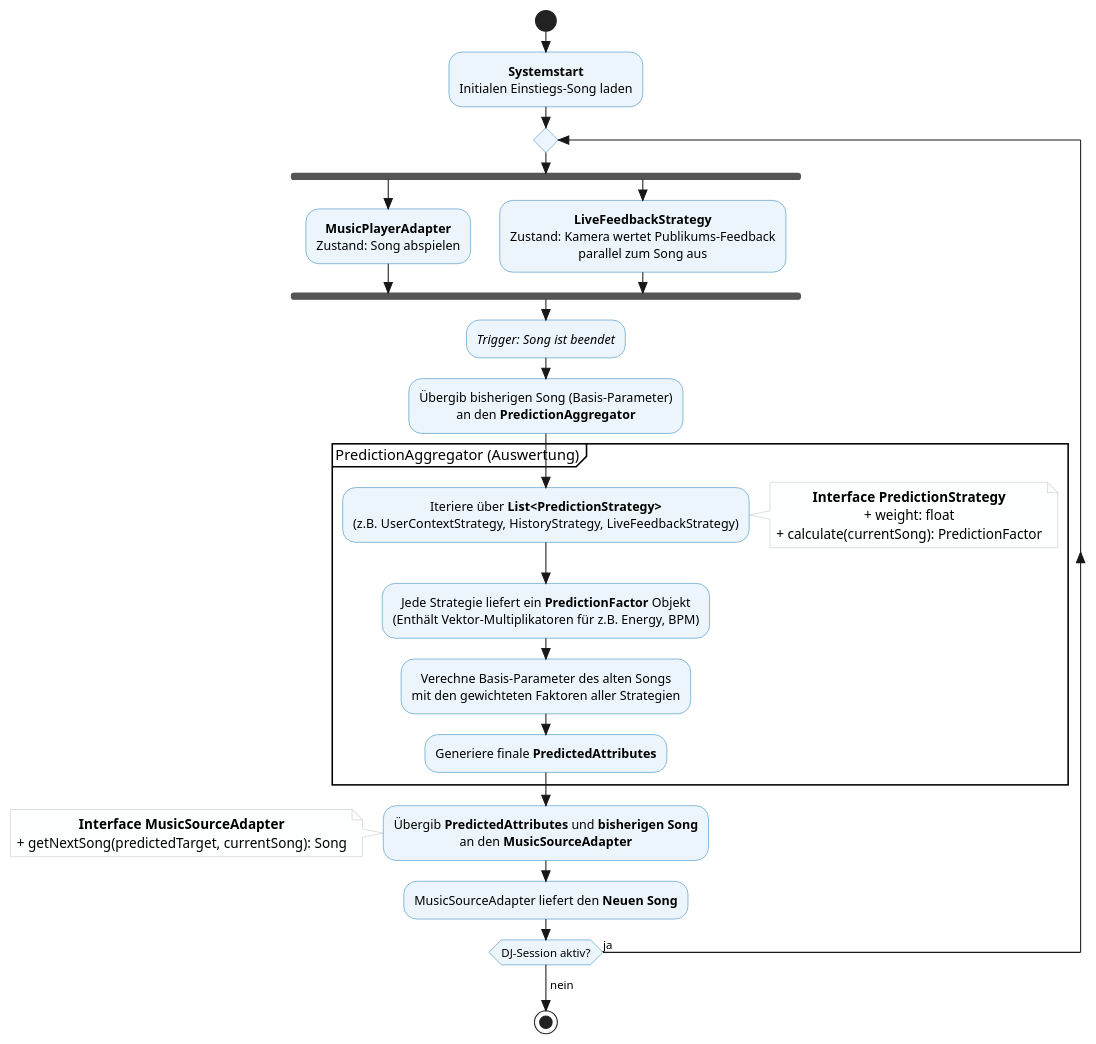
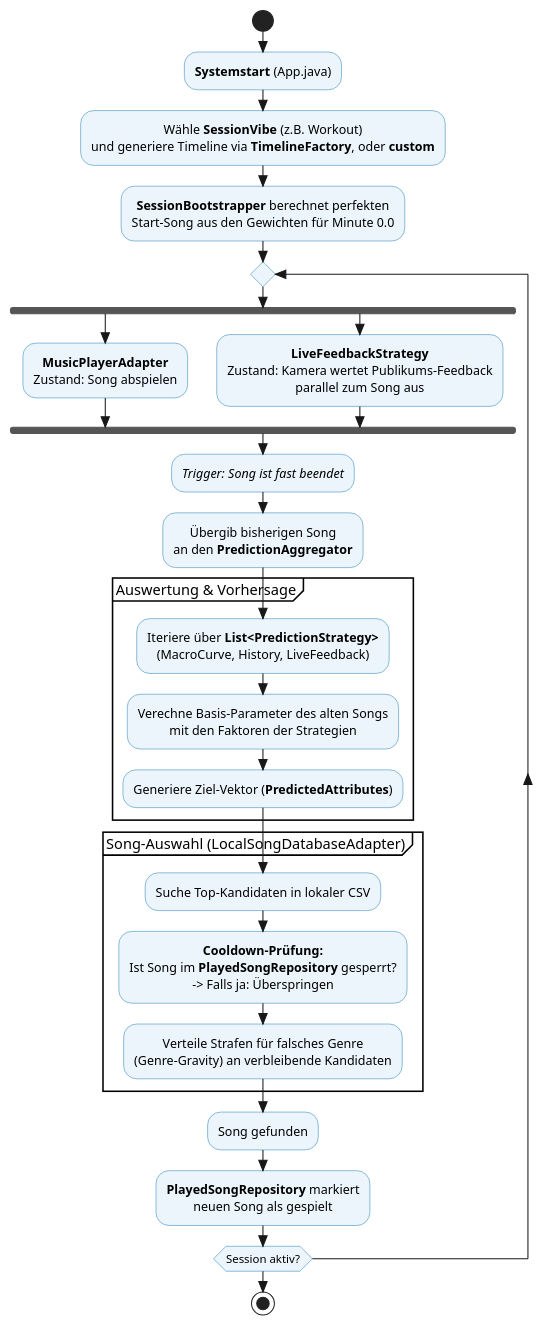
One commit to MH-Oliver/LuminaDJ changed the diagram in aktivitätsdiagramm.puml. Above: the diagram before and after it, drawn with PlantUML. The commit also changed 1 other file, not shown here.

Commit message:
doc | Diagramme aktualisiert

```diff
--- a/aktivitätsdiagramm.puml
+++ b/aktivitätsdiagramm.puml
@@ -1,66 +1,65 @@
 @startuml
 skinparam style strictuml
 skinparam defaultTextAlignment center
 skinparam ActivityBackgroundColor #EBF5FB
 skinparam ActivityBorderColor #2980B9
 skinparam NoteBackgroundColor #FDFEFE
 skinparam NoteBorderColor #BDC3C7
 
 start
 
-:<b>Systemstart</b>
-Initialen Einstiegs-Song laden;
+:<b>Systemstart</b> (App.java);
+:Wähle <b>SessionVibe</b> (z.B. Workout)
+und generiere Timeline via <b>TimelineFactory</b>, oder <b>custom</b>;
+
+:<b>SessionBootstrapper</b> berechnet perfekten
+Start-Song aus den Gewichten für Minute 0.0;
 
 repeat
   ' --- ZUSTAND: ABSPIELEN & BEOBACHTEN ---
   fork
     :<b>MusicPlayerAdapter</b>
     Zustand: Song abspielen;
   fork again
     :<b>LiveFeedbackStrategy</b>
     Zustand: Kamera wertet Publikums-Feedback
     parallel zum Song aus;
   end fork
 
   ' --- TRIGGER: ENDE ---
-  :<i>Trigger: Song ist beendet</i>;
+  :<i>Trigger: Song ist fast beendet</i>;
 
   ' --- AUSWERTUNG ---
-  :Übergib bisherigen Song (Basis-Parameter)
+  :Übergib bisherigen Song
   an den <b>PredictionAggregator</b>;
 
-  partition "PredictionAggregator (Auswertung)" {
+  partition "Auswertung & Vorhersage" {
     :Iteriere über <b>List<PredictionStrategy></b>
-    (z.B. UserContextStrategy, HistoryStrategy, LiveFeedbackStrategy);
-
-    note right
-      <b>Interface PredictionStrategy</b>
-      + weight: float
-      + calculate(currentSong): PredictionFactor
-    end note
-
-    :Jede Strategie liefert ein <b>PredictionFactor</b> Objekt
-    (Enthält Vektor-Multiplikatoren für z.B. Energy, BPM);
+    (MacroCurve, History, LiveFeedback);
 
     :Verechne Basis-Parameter des alten Songs
-    mit den gewichteten Faktoren aller Strategien;
+    mit den Faktoren der Strategien;
 
-    :Generiere finale <b>PredictedAttributes</b>;
+    :Generiere Ziel-Vektor (<b>PredictedAttributes</b>);
   }
 
   ' --- NÄCHSTER SONG FINDEN ---
-  :Übergib <b>PredictedAttributes</b> und <b>bisherigen Song</b>
-  an den <b>MusicSourceAdapter</b>;
+  partition "Song-Auswahl (LocalSongDatabaseAdapter)" {
+      :Suche Top-Kandidaten in lokaler CSV;
 
-  note left
-    <b>Interface MusicSourceAdapter</b>
-    + getNextSong(predictedTarget, currentSong): Song
-  end note
+      :<b>Cooldown-Prüfung:</b>
+      Ist Song im <b>PlayedSongRepository</b> gesperrt?
+      -> Falls ja: Überspringen;
 
-  :MusicSourceAdapter liefert den <b>Neuen Song</b>;
+      :Verteile Strafen für falsches Genre
+      (Genre-Gravity) an verbleibende Kandidaten;
+  }
 
-repeat while (DJ-Session aktiv?) is (ja)
--> nein;
+  :Song gefunden;
+  :<b>PlayedSongRepository</b> markiert
+  neuen Song als gespielt;
+
+repeat while (Session aktiv?)
 
 stop
 @enduml
```
